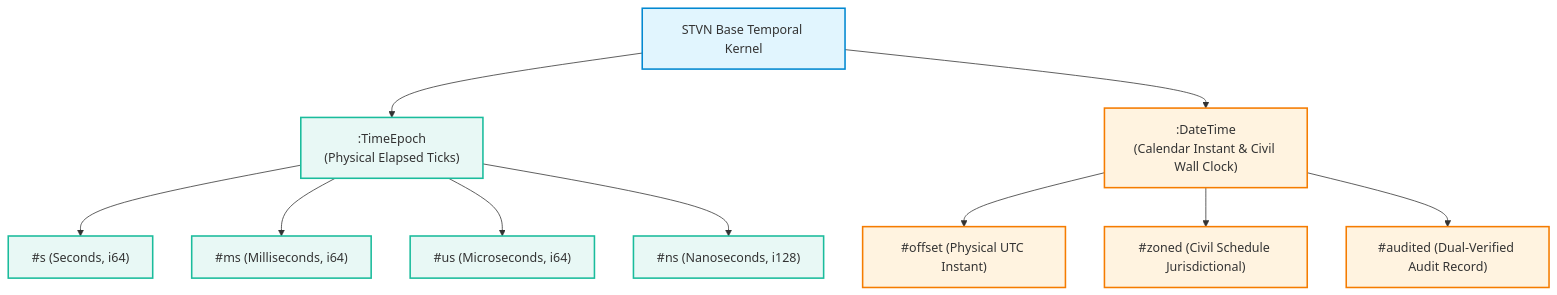
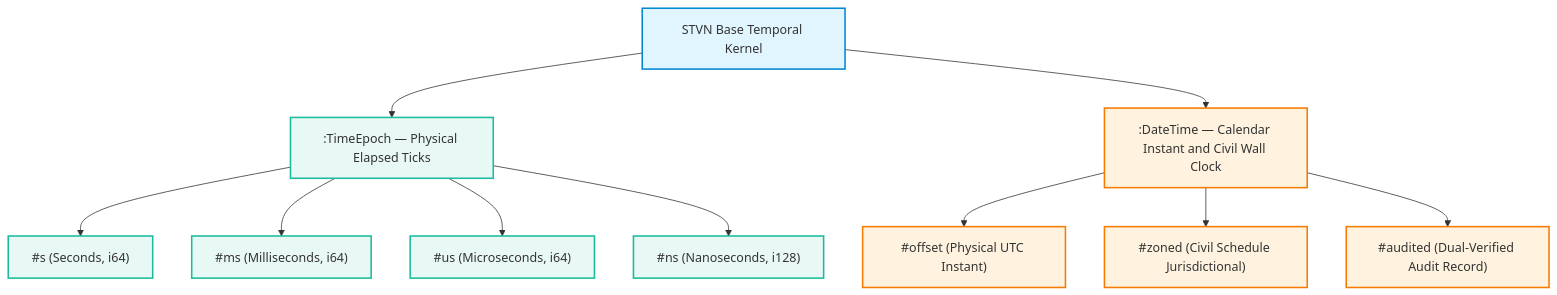
One commit to chaotic3quilibrium/stvnadore-core changed the second of 3 diagrams in docs/architecture/STVN_LANGUAGE_SPEC.md. Above: the diagram before and after it, drawn with Mermaid. The commit also changed other lines of this file and 76 other files, not shown here.

````diff
--- a/docs/architecture/STVN_LANGUAGE_SPEC.md
+++ b/docs/architecture/STVN_LANGUAGE_SPEC.md
@@ -1145,16 +1147,16 @@
 ```mermaid
 flowchart TD
     classDef root fill: #E1F5FE, stroke: #0288D1, stroke-width: 2px;
     classDef epoch fill: #E8F8F5, stroke: #1ABC9C, stroke-width: 2px;
     classDef cal fill: #FFF3E0, stroke: #F57C00, stroke-width: 2px;
     Temporal["STVN Base Temporal Kernel"]:::root
-    Temporal --> Epoch[":TimeEpoch\n(Physical Elapsed Ticks)"]:::epoch
-    Temporal --> Cal[":DateTime\n(Calendar Instant & Civil Wall Clock)"]:::cal
+    Temporal --> Epoch[":TimeEpoch — Physical Elapsed Ticks"]:::epoch
+    Temporal --> Cal[":DateTime — Calendar Instant and Civil Wall Clock"]:::cal
     Epoch --> U_S["#s (Seconds, i64)"]:::epoch
     Epoch --> U_MS["#ms (Milliseconds, i64)"]:::epoch
     Epoch --> U_US["#us (Microseconds, i64)"]:::epoch
     Epoch --> U_NS["#ns (Nanoseconds, i128)"]:::epoch
     Cal --> M_OFF["#offset (Physical UTC Instant)"]:::cal
     Cal --> M_ZONE["#zoned (Civil Schedule Jurisdictional)"]:::cal
     Cal --> M_AUD["#audited (Dual-Verified Audit Record)"]:::cal
 ```
````
